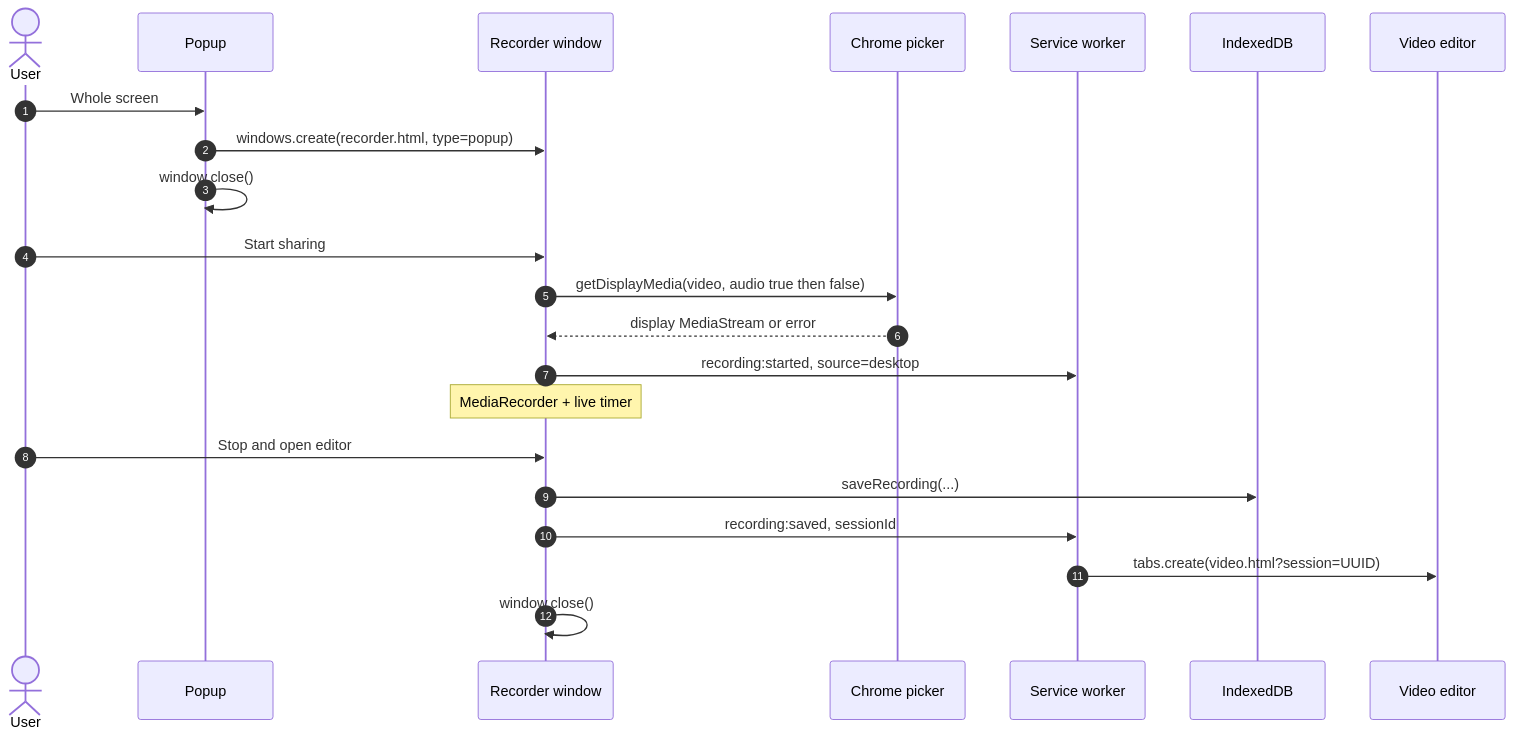
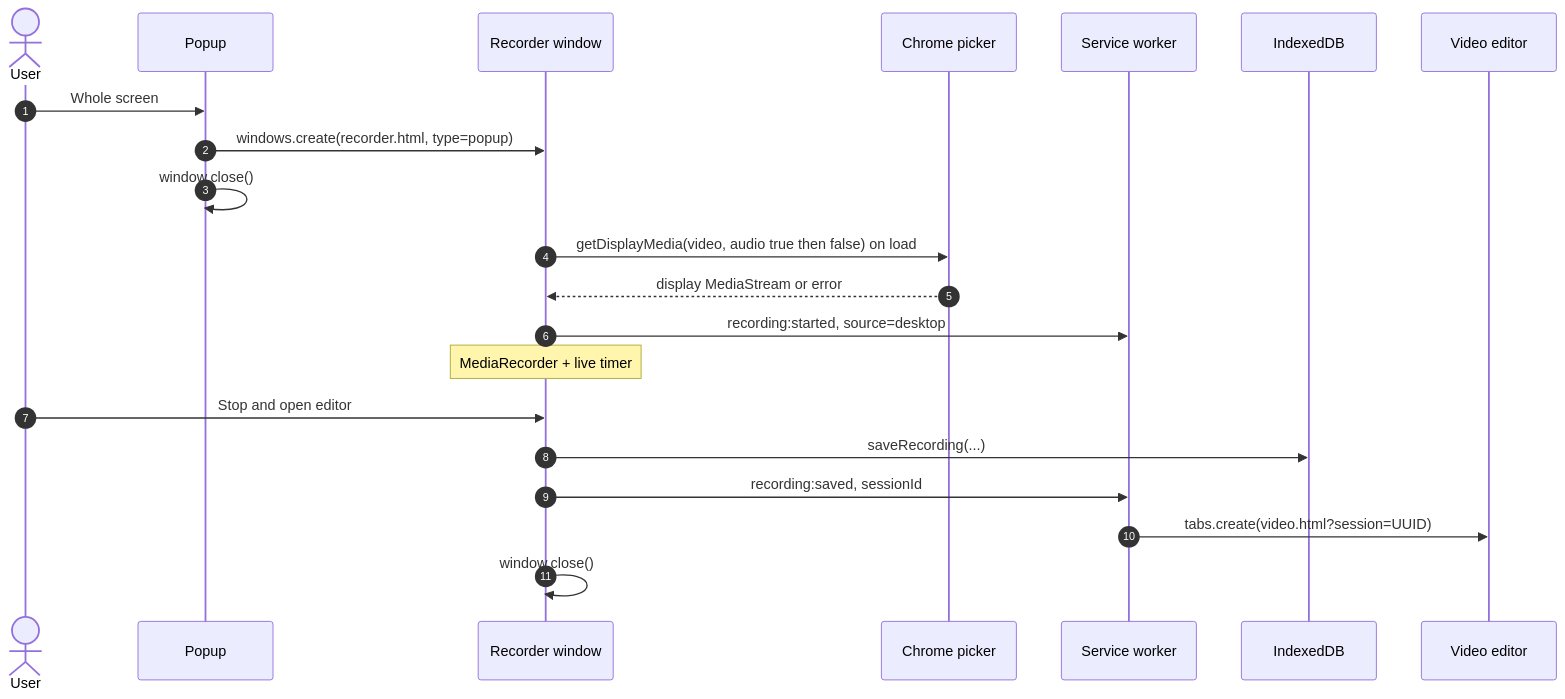
One commit to GaurangPohankar/SnapDraw changed the third of 5 diagrams in ARCHITECTURE.md. Above: the diagram before and after it, drawn with Mermaid. The commit also changed other lines of this file and 33 other files, not shown here.

````diff
--- a/ARCHITECTURE.md
+++ b/ARCHITECTURE.md
@@ -151,25 +156,24 @@
 ```mermaid
 sequenceDiagram
   autonumber
   actor U as User
   participant P as Popup
   participant R as Recorder window
   participant CP as Chrome picker
   participant SW as Service worker
   participant DB as IndexedDB
   participant V as Video editor
 
   U->>P: Whole screen
   P->>R: windows.create(recorder.html, type=popup)
   P->>P: window.close()
-  U->>R: Start sharing
-  R->>CP: getDisplayMedia(video, audio true then false)
+  R->>CP: getDisplayMedia(video, audio true then false) on load
   CP-->>R: display MediaStream or error
   R->>SW: recording:started, source=desktop
   Note over R: MediaRecorder + live timer
   U->>R: Stop and open editor
   R->>DB: saveRecording(...)
   R->>SW: recording:saved, sessionId
   SW->>V: tabs.create(video.html?session=UUID)
   R->>R: window.close()
 ```
````
